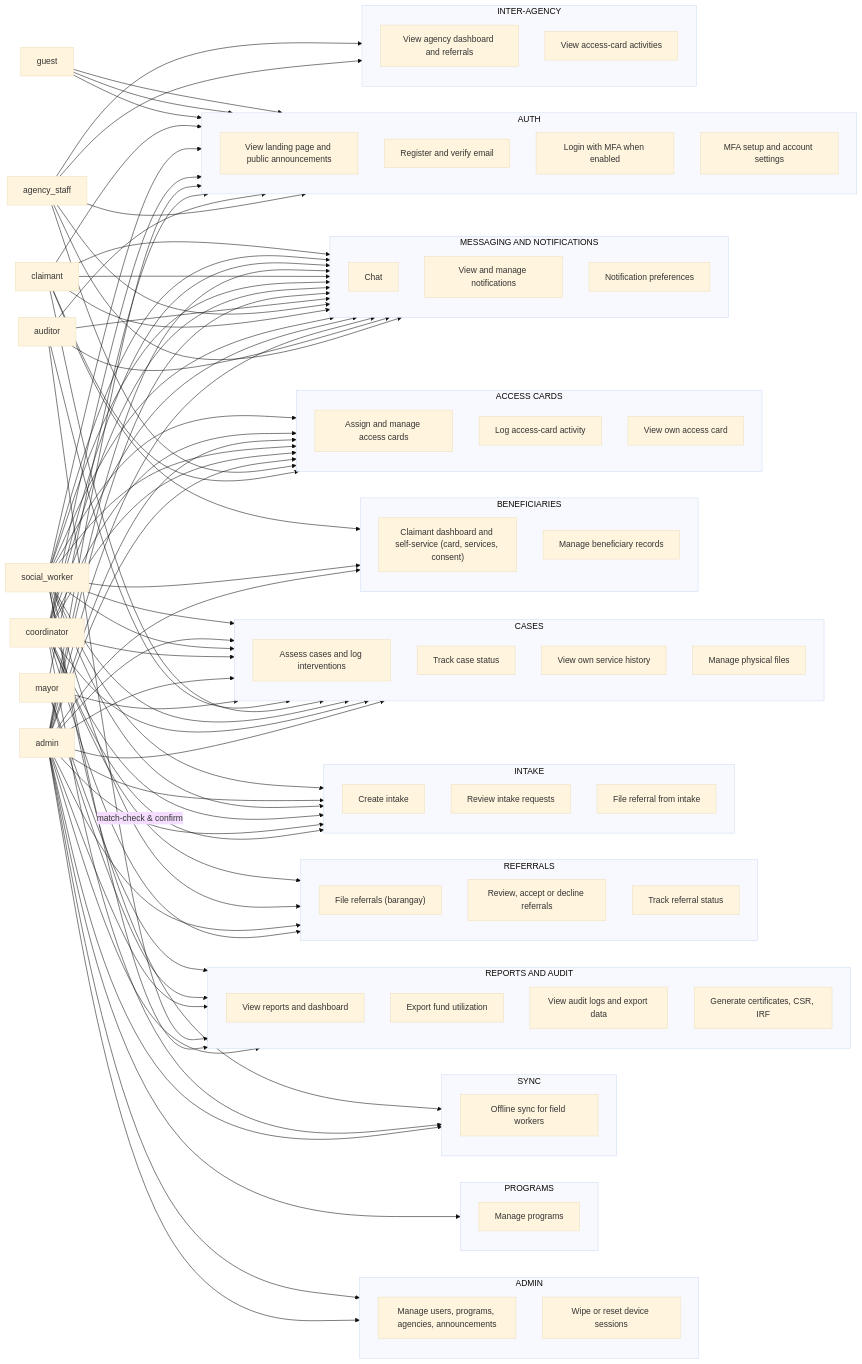
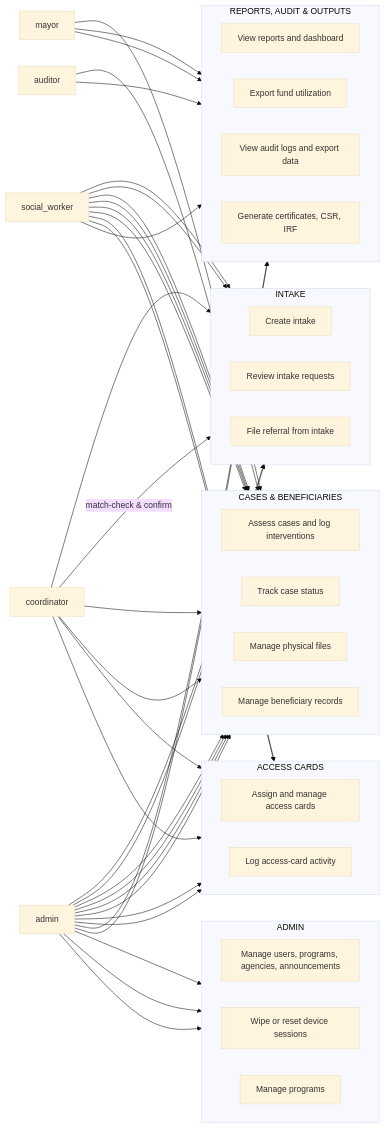
The second of 3 diagrams in docs/diagrams/02-use-case-diagram.md (urlsalimbot/THESIS1-KAPWA), drawn with Mermaid (base theme) before and after one commit. The commit also changed 11 other files, not shown here.

First line of the commit message:
docs: omit Ishikawa doc, segment use-case and ERD diagrams for letter printing, add print script

````diff
--- a/docs/diagrams/02-use-case-diagram.md
+++ b/docs/diagrams/02-use-case-diagram.md
@@ -36,70 +84,34 @@
 ```mermaid
 flowchart LR
-    A1["guest"]
-    A2["claimant"]
     A3["social_worker"]
     A4["coordinator"]
     A5["admin"]
     A6["mayor"]
     A7["auditor"]
-    A8["agency_staff"]
-
-    subgraph Auth[AUTH]
-        direction TB
-        UC-A1["View landing page and public announcements"]
-        UC-A2["Register and verify email"]
-        UC-A3["Login with MFA when enabled"]
-        UC-A4["MFA setup and account settings"]
-    end
 
     subgraph Intake[INTAKE]
-        direction TB
+        direction LR
         UC-I1["Create intake"]
         UC-I2["Review intake requests"]
         UC-I3["File referral from intake"]
     end
 
-    subgraph Cases[CASES]
-        direction TB
+    subgraph Cases[CASES & BENEFICIARIES]
+        direction LR
         UC-C1["Assess cases and log interventions"]
         UC-C2["Track case status"]
-        UC-C3["View own service history"]
         UC-C4["Manage physical files"]
-    end
-
-    subgraph Beneficiaries[BENEFICIARIES]
-        direction TB
-        UC-B1["Claimant dashboard and self-service (card, services, consent)"]
         UC-B2["Manage beneficiary records"]
     end
 
-    subgraph Referrals[REFERRALS]
-        direction TB
-        UC-R1["File referrals (barangay)"]
-        UC-R2["Review, accept or decline referrals"]
-        UC-R3["Track referral status"]
+    subgraph AccessCards[ACCESS CARDS]
+        direction LR
+        UC-AC1["Assign and manage access cards"]
+        UC-AC2["Log access-card activity"]
     end
 
-    subgraph InterAgency[INTER-AGENCY]
-        direction TB
-        UC-IA1["View agency dashboard and referrals"]
-        UC-IA2["View access-card activities"]
-    end
-
-    subgraph Programs[PROGRAMS]
-        direction TB
-        UC-P1["Manage programs"]
-    end
-
-    subgraph AccessCards[ACCESS CARDS]
-        direction TB
-        UC-AC1["Assign and manage access cards"]
-        UC-AC2["Log access-card activity"]
-        UC-AC3["View own access card"]
-    end
-
-    subgraph ReportsAudit[REPORTS AND AUDIT]
-        direction TB
+    subgraph ReportsAudit[REPORTS, AUDIT & OUTPUTS]
+        direction LR
         UC-RA1["View reports and dashboard"]
         UC-RA2["Export fund utilization"]
         UC-RA3["View audit logs and export data"]
@@ -107,33 +119,11 @@
     end
 
     subgraph Admin[ADMIN]
-        direction TB
+        direction LR
         UC-AD1["Manage users, programs, agencies, announcements"]
         UC-AD2["Wipe or reset device sessions"]
+        UC-P1["Manage programs"]
     end
-
-    subgraph Messaging[MESSAGING AND NOTIFICATIONS]
-        direction TB
-        UC-M1["Chat"]
-        UC-M2["View and manage notifications"]
-        UC-M3["Notification preferences"]
-    end
-
-    subgraph Sync[SYNC]
-        direction TB
-        UC-S1["Offline sync for field workers"]
-    end
-
-    A1 --> UC-A1
-    A1 --> UC-A2
-    A1 --> UC-A3
-    A2 --> UC-A4
-    A3 --> UC-A4
-    A4 --> UC-A4
-    A5 --> UC-A4
-    A6 --> UC-A4
-    A7 --> UC-A4
-    A8 --> UC-A4
 
     A3 --> UC-I1
     A5 --> UC-I1
@@ -149,24 +139,11 @@
     A5 --> UC-C2
     A6 --> UC-C2
     A7 --> UC-C2
-    A2 --> UC-C3
     A3 --> UC-C4
     A4 --> UC-C4
     A5 --> UC-C4
-
-    A2 --> UC-B1
     A3 --> UC-B2
     A5 --> UC-B2
-
-    A4 --> UC-R1
-    A3 --> UC-R2
-    A5 --> UC-R2
-    A4 --> UC-R3
-
-    A8 --> UC-IA1
-    A8 --> UC-IA2
-
-    A5 --> UC-P1
 
     A3 --> UC-AC1
     A4 --> UC-AC1
@@ -174,8 +151,6 @@
     A3 --> UC-AC2
     A4 --> UC-AC2
     A5 --> UC-AC2
-    A8 --> UC-AC2
-    A2 --> UC-AC3
 
     A6 --> UC-RA1
     A6 --> UC-RA2
@@ -186,25 +161,5 @@
 
     A5 --> UC-AD1
     A5 --> UC-AD2
-
-    A2 --> UC-M1
-    A3 --> UC-M1
-    A4 --> UC-M1
-    A5 --> UC-M1
-    A2 --> UC-M2
-    A3 --> UC-M2
-    A4 --> UC-M2
-    A5 --> UC-M2
-    A7 --> UC-M2
-    A8 --> UC-M2
-    A2 --> UC-M3
-    A3 --> UC-M3
-    A4 --> UC-M3
-    A5 --> UC-M3
-    A7 --> UC-M3
-    A8 --> UC-M3
-
-    A3 --> UC-S1
-    A4 --> UC-S1
-    A5 --> UC-S1
+    A5 --> UC-P1
 ```
````
